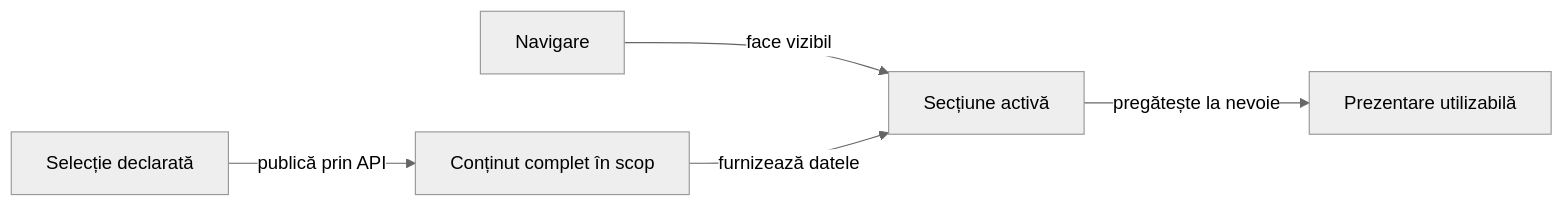
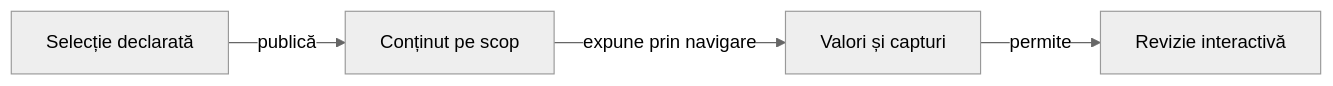
The second of 2 diagrams in docs/reporting/ATF_Presentation.md (crististefanita/atf_j4), drawn with Mermaid (neutral theme) before and after one commit. The commit also changed other lines of this file and 302 other files, not shown here.

````diff
--- a/docs/reporting/ATF_Presentation.md
+++ b/docs/reporting/ATF_Presentation.md
@@ -83,7 +82,6 @@
 ```mermaid
 flowchart LR
-    SELECT[Selecție declarată] -->|publică prin API| HTML[Conținut complet în scop]
-    NAV[Navigare] -->|face vizibil| SECTION[Secțiune activă]
-    HTML -->|furnizează datele| SECTION
-    SECTION -->|pregătește la nevoie| READY[Prezentare utilizabilă]
+    SELECT[Selecție declarată] -->|publică| HTML[Conținut pe scop]
+    HTML -->|expune prin navigare| VISIBLE[Valori și capturi]
+    VISIBLE -->|permite| AUDIT[Revizie interactivă]
 ```
````
